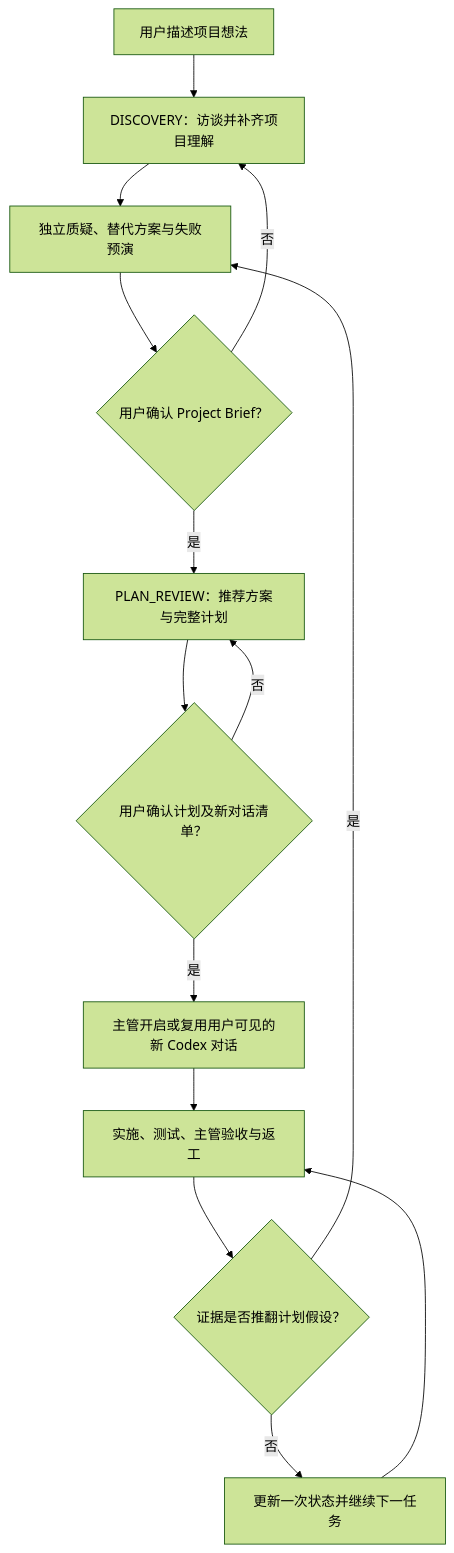
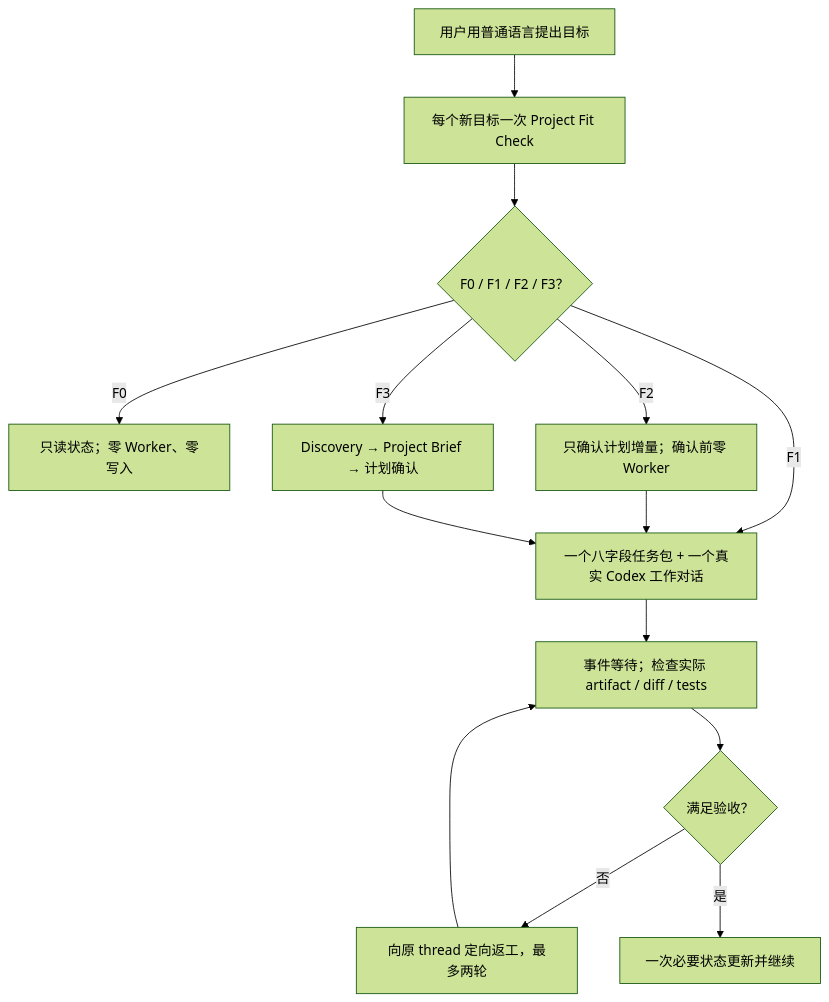
One commit to zhouczcz/founder-os changed the diagram in .github/README.md. Above: the diagram before and after it, drawn with Mermaid (forest theme). The commit also changed other lines of this file and 14 other files, not shown here.

````diff
--- a/.github/README.md
+++ b/.github/README.md
@@ -41,16 +45,16 @@
 ```mermaid
 flowchart TD
-    A["用户描述项目想法"] --> B["DISCOVERY：访谈并补齐项目理解"]
-    B --> C["独立质疑、替代方案与失败预演"]
-    C --> D{"用户确认 Project Brief？"}
-    D -->|否| B
-    D -->|是| E["PLAN_REVIEW：推荐方案与完整计划"]
-    E --> F{"用户确认计划及新对话清单？"}
-    F -->|否| E
-    F -->|是| G["主管开启或复用用户可见的新 Codex 对话"]
-    G --> H["实施、测试、主管验收与返工"]
-    H --> I{"证据是否推翻计划假设？"}
-    I -->|是| C
-    I -->|否| J["更新一次状态并继续下一任务"]
+    A["用户用普通语言提出目标"] --> B["每个新目标一次 Project Fit Check"]
+    B --> C{"F0 / F1 / F2 / F3？"}
+    C -->|F0| D["只读状态；零 Worker、零写入"]
+    C -->|F1| E["一个八字段任务包 + 一个真实 Codex 工作对话"]
+    C -->|F2| F["只确认计划增量；确认前零 Worker"]
+    C -->|F3| G["Discovery → Project Brief → 计划确认"]
+    F --> E
+    G --> E
+    E --> H["事件等待；检查实际 artifact / diff / tests"]
+    H --> I{"满足验收？"}
+    I -->|否| J["向原 thread 定向返工，最多两轮"]
     J --> H
+    I -->|是| K["一次必要状态更新并继续"]
 ```
````
